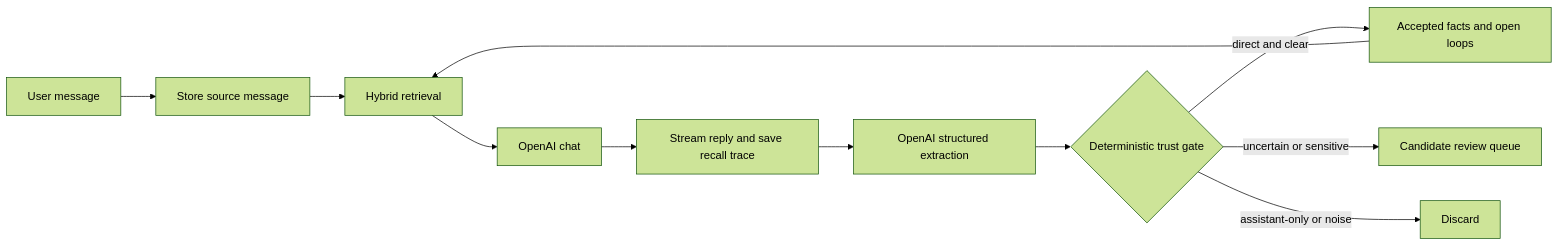
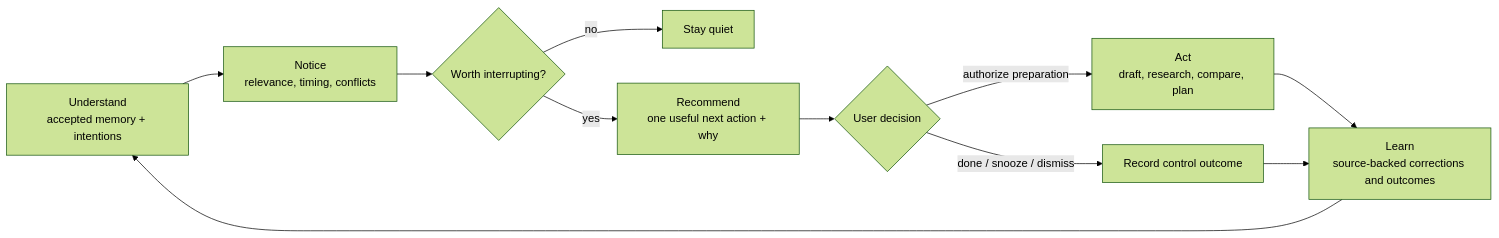
One commit to DYZ-Labs/zeus-agent changed the diagram in README.md. Above: the diagram before and after it, drawn with Mermaid (forest theme). The commit also changed other lines of this file and 24 other files, not shown here.

````diff
--- a/README.md
+++ b/README.md
@@ -49,13 +66,13 @@
 ```mermaid
 flowchart LR
-    A["User message"] --> B["Store source message"]
-    B --> C["Hybrid retrieval"]
-    C --> D["OpenAI chat"]
-    D --> E["Stream reply and save recall trace"]
-    E --> F["OpenAI structured extraction"]
-    F --> G{"Deterministic trust gate"}
-    G -->|"direct and clear"| H["Accepted facts and open loops"]
-    G -->|"uncertain or sensitive"| I["Candidate review queue"]
-    G -->|"assistant-only or noise"| J["Discard"]
-    H --> C
+    A["Understand\naccepted memory + intentions"] --> B["Notice\nrelevance, timing, conflicts"]
+    B --> C{"Worth interrupting?"}
+    C -->|"no"| D["Stay quiet"]
+    C -->|"yes"| E["Recommend\none useful next action + why"]
+    E --> F{"User decision"}
+    F -->|"authorize preparation"| G["Act\ndraft, research, compare, plan"]
+    F -->|"done / snooze / dismiss"| H["Record control outcome"]
+    G --> I["Learn\nsource-backed corrections and outcomes"]
+    H --> I
+    I --> A
 ```
````
